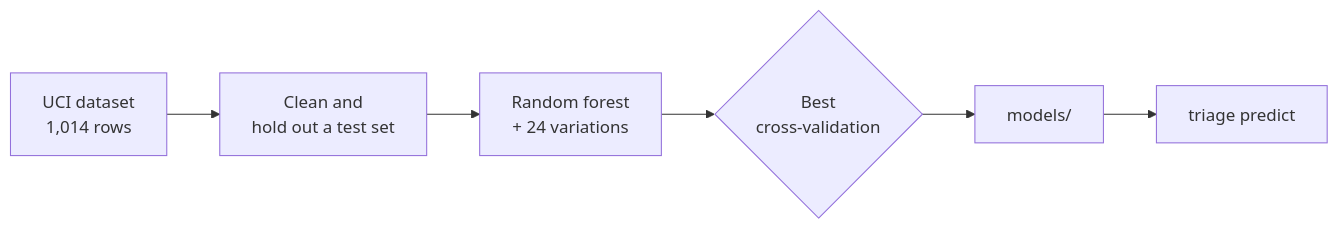
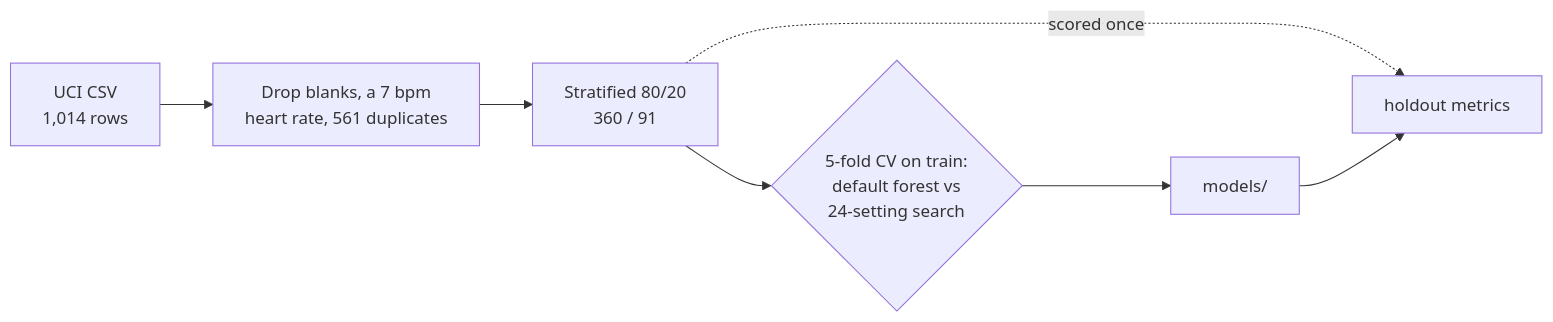
Before and after one commit to alecokelberry/maternal-health-risk-triage: the diagram in README.md, drawn with Mermaid. The commit also changed other lines of this file, not shown here.

Commit message:
Rewrite the README with the corrected metrics and their limits

````diff
--- a/README.md
+++ b/README.md
@@ -23,8 +42,9 @@
 ```mermaid
 flowchart LR
-  CSV[UCI dataset<br/>1,014 rows] --> Clean[Clean and<br/>hold out a test set]
-  Clean --> Train[Random forest<br/>+ 24 variations]
-  Train --> CV{Best<br/>cross-validation}
+  CSV[UCI CSV<br/>1,014 rows] --> Clean[Drop blanks, a 7 bpm<br/>heart rate, 561 duplicates]
+  Clean --> Split[Stratified 80/20<br/>360 / 91]
+  Split --> CV{5-fold CV on train:<br/>default forest vs<br/>24-setting search}
   CV --> Model[models/]
-  Model --> Predict[triage predict]
+  Split -. scored once .-> Holdout[holdout metrics]
+  Model --> Holdout
 ```
````
